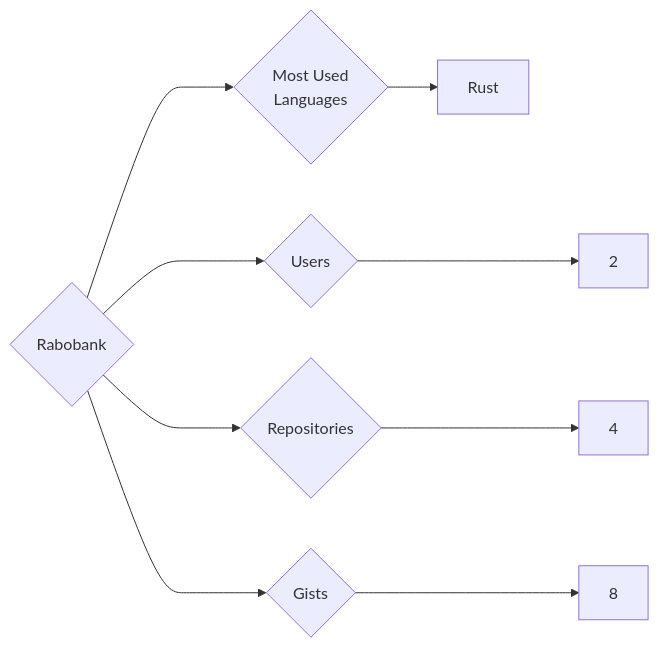
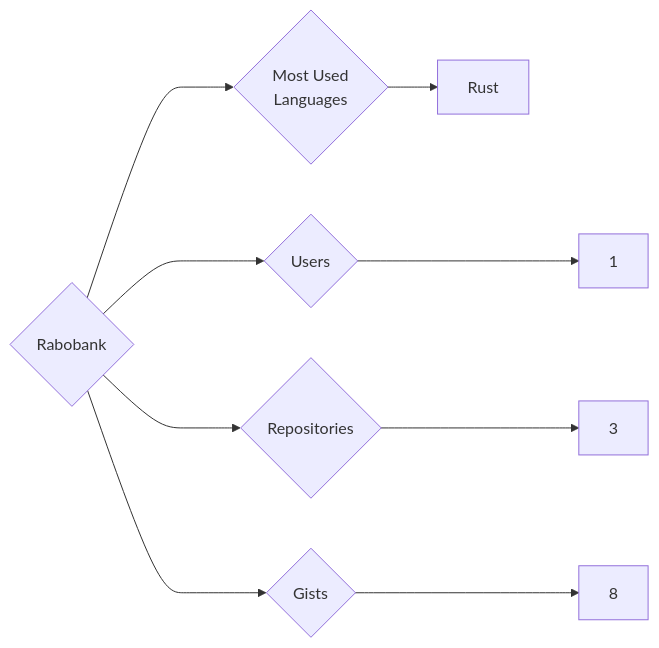
Before and after one commit to trickest/insiders: the diagram in targets/Rabobank/README.md, drawn with Mermaid. The commit also changed 815 other files, not shown here.

````diff
--- a/targets/Rabobank/README.md
+++ b/targets/Rabobank/README.md
@@ -3,9 +3,9 @@
 ```mermaid
 graph LR
 COMPANY_NAME{Rabobank}
-COMPANY_NAME ---> U{Users} ---> UN[2]
-COMPANY_NAME ---> R{Repositories} ---> RN[4]
+COMPANY_NAME ---> U{Users} ---> UN[1]
+COMPANY_NAME ---> R{Repositories} ---> RN[3]
 COMPANY_NAME ---> G{Gists} ---> GN[8]
 COMPANY_NAME ---> ML{Most Used<br>Languages}
 ML --> Rust[Rust]
 ```
````
